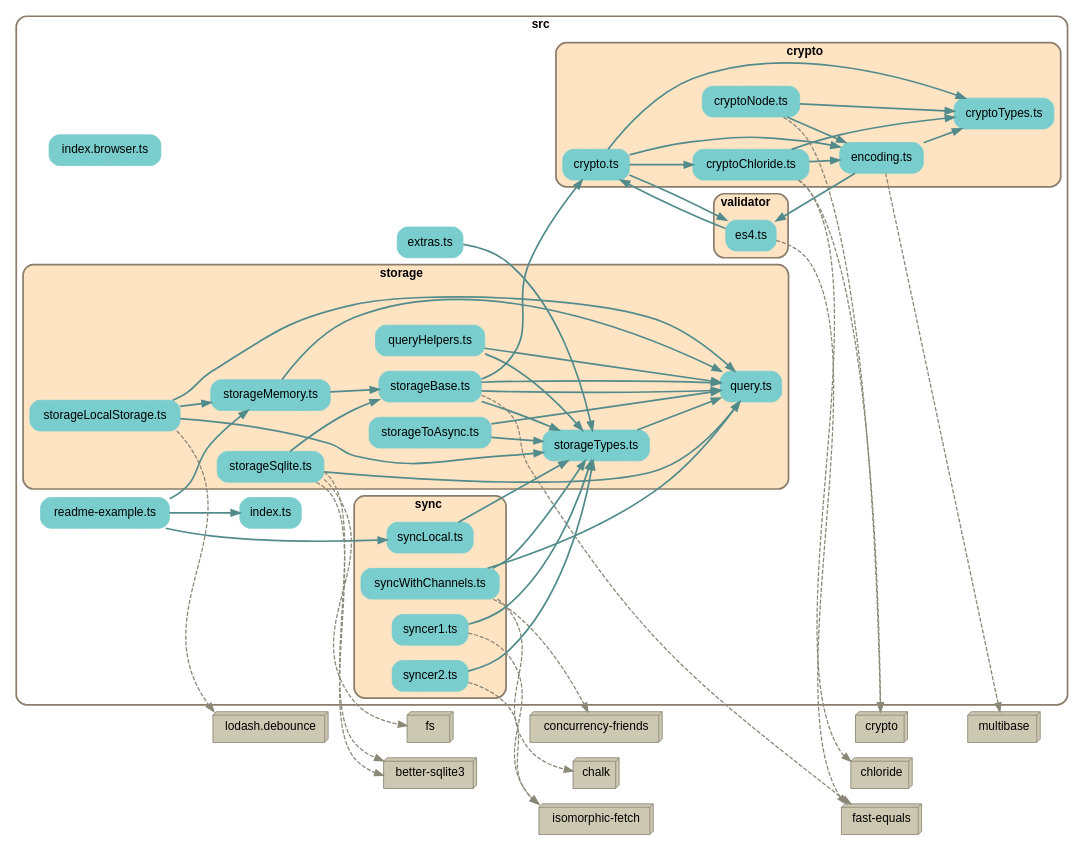
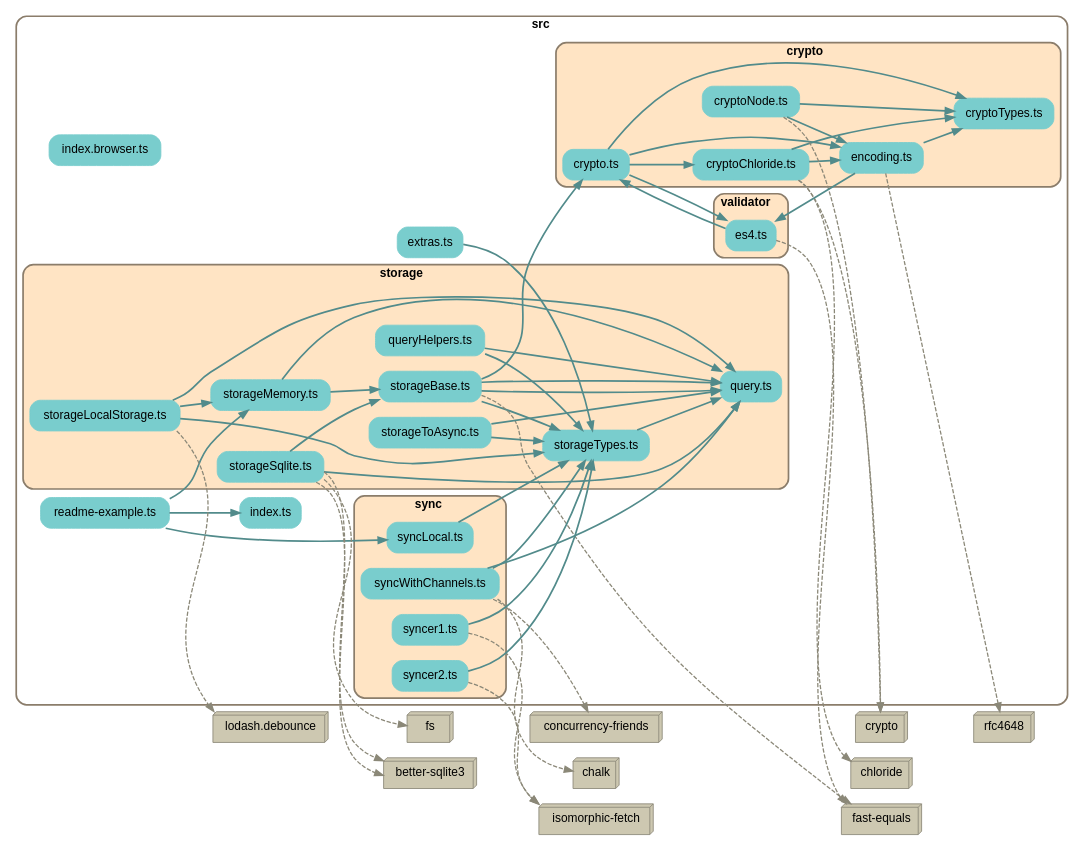
The diagram in depchart.dot (earthstar-project/earthstar), drawn with Graphviz before and after one commit. The commit also changed 2 other files, not shown here.

```diff
--- a/depchart.dot
+++ b/depchart.dot
@@ -1,147 +1,147 @@
 
 digraph G {
     //splines=line;
     //splines=polyline;
     splines=true;
     rankdir=LR;
     //newrank=true;
     compound=true;
     graph [fontname = "helvetica"];  // dpi=72
     node [fontname = "helvetica"];
     edge [fontname = "helvetica"];
     
     // files in their folder clusters
 
-    subgraph cluster1242441587 {
+    subgraph cluster6771759012 {
         label=<<b>src</b>>;
         style="rounded";
         color=bisque4;
         penwidth=2;
                 
         "src/extras.ts" [label="extras.ts", shape=rectangle; style="rounded,filled"; color=darkslategray3];
         "src/index.browser.ts" [label="index.browser.ts", shape=rectangle; style="rounded,filled"; color=darkslategray3];
         "src/index.ts" [label="index.ts", shape=rectangle; style="rounded,filled"; color=darkslategray3];
         "src/readme-example.ts" [label="readme-example.ts", shape=rectangle; style="rounded,filled"; color=darkslategray3];
 
-        subgraph cluster4766328072 {
+        subgraph cluster219385455 {
             label=<<b>crypto</b>>;
             style="rounded,filled";
             fillcolor=bisque;
             color=bisque4;
             penwidth=2;
                 
             "src/crypto/crypto.ts" [label="crypto.ts", shape=rectangle; style="rounded,filled"; color=darkslategray3];
             "src/crypto/cryptoChloride.ts" [label="cryptoChloride.ts", shape=rectangle; style="rounded,filled"; color=darkslategray3];
             "src/crypto/cryptoNode.ts" [label="cryptoNode.ts", shape=rectangle; style="rounded,filled"; color=darkslategray3];
             "src/crypto/cryptoTypes.ts" [label="cryptoTypes.ts", shape=rectangle; style="rounded,filled"; color=darkslategray3];
             "src/crypto/encoding.ts" [label="encoding.ts", shape=rectangle; style="rounded,filled"; color=darkslategray3];
         }
 
-        subgraph cluster786744886 {
+        subgraph cluster6750832814 {
             label=<<b>storage</b>>;
             style="rounded,filled";
             fillcolor=bisque;
             color=bisque4;
             penwidth=2;
                 
             "src/storage/query.ts" [label="query.ts", shape=rectangle; style="rounded,filled"; color=darkslategray3];
             "src/storage/queryHelpers.ts" [label="queryHelpers.ts", shape=rectangle; style="rounded,filled"; color=darkslategray3];
             "src/storage/storageBase.ts" [label="storageBase.ts", shape=rectangle; style="rounded,filled"; color=darkslategray3];
             "src/storage/storageLocalStorage.ts" [label="storageLocalStorage.ts", shape=rectangle; style="rounded,filled"; color=darkslategray3];
             "src/storage/storageMemory.ts" [label="storageMemory.ts", shape=rectangle; style="rounded,filled"; color=darkslategray3];
             "src/storage/storageSqlite.ts" [label="storageSqlite.ts", shape=rectangle; style="rounded,filled"; color=darkslategray3];
             "src/storage/storageToAsync.ts" [label="storageToAsync.ts", shape=rectangle; style="rounded,filled"; color=darkslategray3];
             "src/storage/storageTypes.ts" [label="storageTypes.ts", shape=rectangle; style="rounded,filled"; color=darkslategray3];
         }
 
-        subgraph cluster9677068709 {
+        subgraph cluster3919837237 {
             label=<<b>sync</b>>;
             style="rounded,filled";
             fillcolor=bisque;
             color=bisque4;
             penwidth=2;
                 
             "src/sync/syncLocal.ts" [label="syncLocal.ts", shape=rectangle; style="rounded,filled"; color=darkslategray3];
             "src/sync/syncWithChannels.ts" [label="syncWithChannels.ts", shape=rectangle; style="rounded,filled"; color=darkslategray3];
             "src/sync/syncer1.ts" [label="syncer1.ts", shape=rectangle; style="rounded,filled"; color=darkslategray3];
             "src/sync/syncer2.ts" [label="syncer2.ts", shape=rectangle; style="rounded,filled"; color=darkslategray3];
         }
 
-        subgraph cluster4759481671 {
+        subgraph cluster8218432789 {
             label=<<b>validator</b>>;
             style="rounded,filled";
             fillcolor=bisque;
             color=bisque4;
             penwidth=2;
                 
             "src/validator/es4.ts" [label="es4.ts", shape=rectangle; style="rounded,filled"; color=darkslategray3];
         }
     }
 
     // packages not in their own cluster
         "crypto" [shape=box3d, style=filled, fillcolor=cornsilk3, color=cornsilk4];
         "chloride" [shape=box3d, style=filled, fillcolor=cornsilk3, color=cornsilk4];
-        "multibase" [shape=box3d, style=filled, fillcolor=cornsilk3, color=cornsilk4];
+        "rfc4648" [shape=box3d, style=filled, fillcolor=cornsilk3, color=cornsilk4];
         "fast-equals" [shape=box3d, style=filled, fillcolor=cornsilk3, color=cornsilk4];
         "lodash.debounce" [shape=box3d, style=filled, fillcolor=cornsilk3, color=cornsilk4];
         "fs" [shape=box3d, style=filled, fillcolor=cornsilk3, color=cornsilk4];
         "better-sqlite3" [shape=box3d, style=filled, fillcolor=cornsilk3, color=cornsilk4];
         "chalk" [shape=box3d, style=filled, fillcolor=cornsilk3, color=cornsilk4];
         "concurrency-friends" [shape=box3d, style=filled, fillcolor=cornsilk3, color=cornsilk4];
         "isomorphic-fetch" [shape=box3d, style=filled, fillcolor=cornsilk3, color=cornsilk4];
 
     // edges between files
     "src/crypto/crypto.ts" -> "src/crypto/cryptoChloride.ts" [penwidth=2; color=darkslategray4];
     "src/crypto/crypto.ts" -> "src/crypto/cryptoTypes.ts" [penwidth=2; color=darkslategray4];
     "src/crypto/crypto.ts" -> "src/crypto/encoding.ts" [penwidth=2; color=darkslategray4];
     "src/crypto/crypto.ts" -> "src/validator/es4.ts" [penwidth=2; color=darkslategray4];
     "src/crypto/cryptoChloride.ts" -> "src/crypto/cryptoTypes.ts" [penwidth=2; color=darkslategray4];
     "src/crypto/cryptoChloride.ts" -> "src/crypto/encoding.ts" [penwidth=2; color=darkslategray4];
     "src/crypto/cryptoNode.ts" -> "src/crypto/cryptoTypes.ts" [penwidth=2; color=darkslategray4];
     "src/crypto/cryptoNode.ts" -> "src/crypto/encoding.ts" [penwidth=2; color=darkslategray4];
     "src/crypto/encoding.ts" -> "src/crypto/cryptoTypes.ts" [penwidth=2; color=darkslategray4];
     "src/crypto/encoding.ts" -> "src/validator/es4.ts" [penwidth=2; color=darkslategray4];
     "src/extras.ts" -> "src/storage/storageTypes.ts" [penwidth=2; color=darkslategray4];
     "src/readme-example.ts" -> "src/index.ts" [penwidth=2; color=darkslategray4];
     "src/readme-example.ts" -> "src/storage/storageMemory.ts" [penwidth=2; color=darkslategray4];
     "src/readme-example.ts" -> "src/sync/syncLocal.ts" [penwidth=2; color=darkslategray4];
     "src/storage/queryHelpers.ts" -> "src/storage/storageTypes.ts" [penwidth=2; color=darkslategray4];
     "src/storage/queryHelpers.ts" -> "src/storage/query.ts" [penwidth=2; color=darkslategray4];
     "src/storage/storageBase.ts" -> "src/storage/storageTypes.ts" [penwidth=2; color=darkslategray4];
     "src/storage/storageBase.ts" -> "src/storage/query.ts" [penwidth=2; color=darkslategray4];
     "src/storage/storageBase.ts" -> "src/crypto/crypto.ts" [penwidth=2; color=darkslategray4];
     "src/storage/storageBase.ts" -> "src/storage/query.ts" [penwidth=2; color=darkslategray4];
     "src/storage/storageLocalStorage.ts" -> "src/storage/storageTypes.ts" [penwidth=2; color=darkslategray4];
     "src/storage/storageLocalStorage.ts" -> "src/storage/query.ts" [penwidth=2; color=darkslategray4];
     "src/storage/storageLocalStorage.ts" -> "src/storage/storageMemory.ts" [penwidth=2; color=darkslategray4];
     "src/storage/storageMemory.ts" -> "src/storage/query.ts" [penwidth=2; color=darkslategray4];
     "src/storage/storageMemory.ts" -> "src/storage/storageBase.ts" [penwidth=2; color=darkslategray4];
     "src/storage/storageSqlite.ts" -> "src/storage/query.ts" [penwidth=2; color=darkslategray4];
     "src/storage/storageSqlite.ts" -> "src/storage/storageBase.ts" [penwidth=2; color=darkslategray4];
     "src/storage/storageToAsync.ts" -> "src/storage/query.ts" [penwidth=2; color=darkslategray4];
     "src/storage/storageToAsync.ts" -> "src/storage/storageTypes.ts" [penwidth=2; color=darkslategray4];
     "src/storage/storageTypes.ts" -> "src/storage/query.ts" [penwidth=2; color=darkslategray4];
     "src/sync/syncLocal.ts" -> "src/storage/storageTypes.ts" [penwidth=2; color=darkslategray4];
     "src/sync/syncWithChannels.ts" -> "src/storage/query.ts" [penwidth=2; color=darkslategray4];
     "src/sync/syncWithChannels.ts" -> "src/storage/storageTypes.ts" [penwidth=2; color=darkslategray4];
     "src/sync/syncer1.ts" -> "src/storage/storageTypes.ts" [penwidth=2; color=darkslategray4];
     "src/sync/syncer2.ts" -> "src/storage/storageTypes.ts" [penwidth=2; color=darkslategray4];
     "src/validator/es4.ts" -> "src/crypto/crypto.ts" [penwidth=2; color=darkslategray4];
 
     // edges from files to packages
     "src/crypto/cryptoChloride.ts" -> "crypto" [penwidth=1.5; style=dashed, color=cornsilk4, weight=1];
     "src/crypto/cryptoChloride.ts" -> "chloride" [penwidth=1.5; style=dashed, color=cornsilk4, weight=1];
     "src/crypto/cryptoNode.ts" -> "crypto" [penwidth=1.5; style=dashed, color=cornsilk4, weight=1];
-    "src/crypto/encoding.ts" -> "multibase" [penwidth=1.5; style=dashed, color=cornsilk4, weight=1];
+    "src/crypto/encoding.ts" -> "rfc4648" [penwidth=1.5; style=dashed, color=cornsilk4, weight=1];
     "src/storage/storageBase.ts" -> "fast-equals" [penwidth=1.5; style=dashed, color=cornsilk4, weight=1];
     "src/storage/storageLocalStorage.ts" -> "lodash.debounce" [penwidth=1.5; style=dashed, color=cornsilk4, weight=1];
     "src/storage/storageSqlite.ts" -> "fs" [penwidth=1.5; style=dashed, color=cornsilk4, weight=1];
     "src/storage/storageSqlite.ts" -> "better-sqlite3" [penwidth=1.5; style=dashed, color=cornsilk4, weight=1];
     "src/storage/storageSqlite.ts" -> "better-sqlite3" [penwidth=1.5; style=dashed, color=cornsilk4, weight=1];
     "src/sync/syncWithChannels.ts" -> "chalk" [penwidth=1.5; style=dashed, color=cornsilk4, weight=1];
     "src/sync/syncWithChannels.ts" -> "concurrency-friends" [penwidth=1.5; style=dashed, color=cornsilk4, weight=1];
     "src/sync/syncer1.ts" -> "isomorphic-fetch" [penwidth=1.5; style=dashed, color=cornsilk4, weight=1];
     "src/sync/syncer2.ts" -> "isomorphic-fetch" [penwidth=1.5; style=dashed, color=cornsilk4, weight=1];
     "src/validator/es4.ts" -> "fast-equals" [penwidth=1.5; style=dashed, color=cornsilk4, weight=1];
 
 }
```
